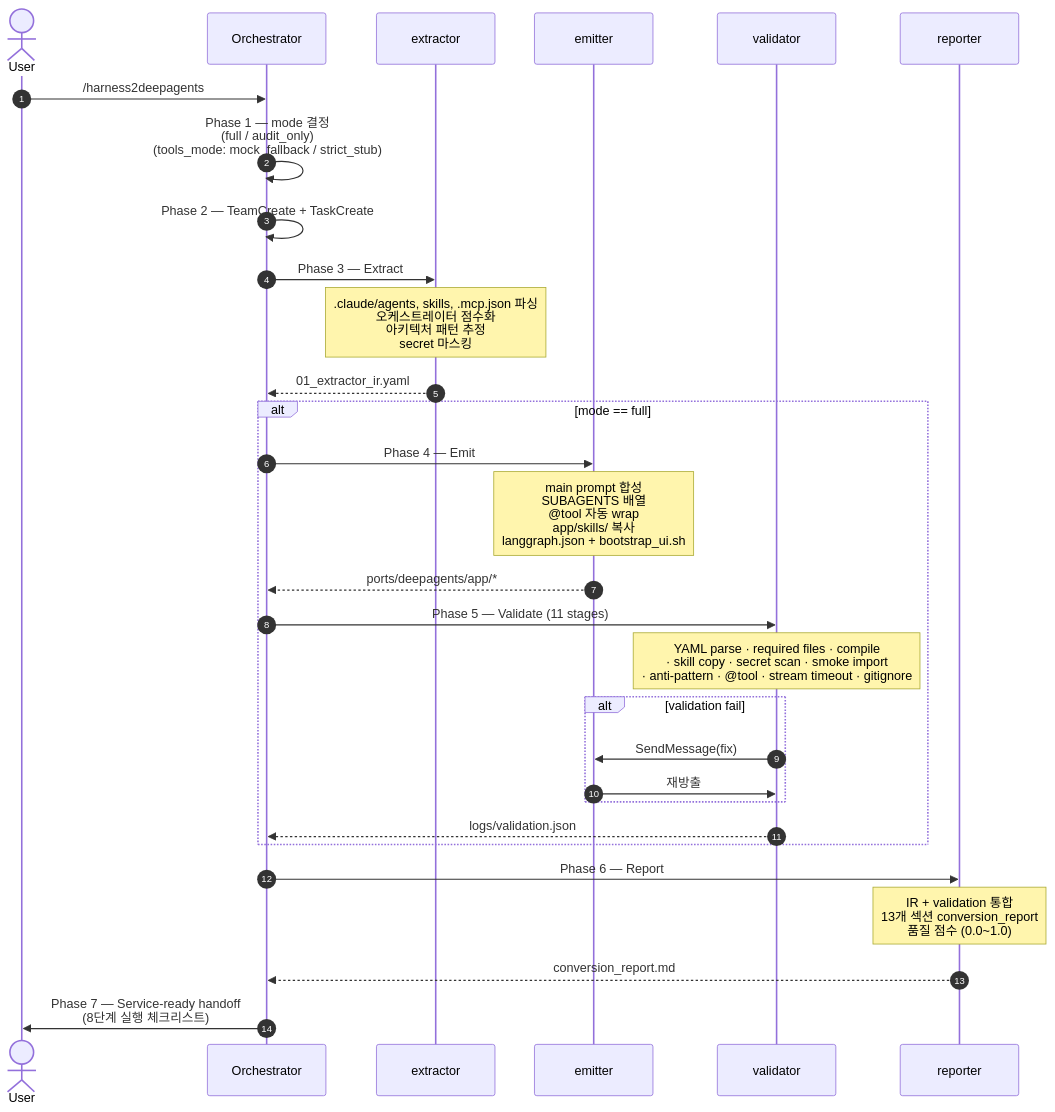
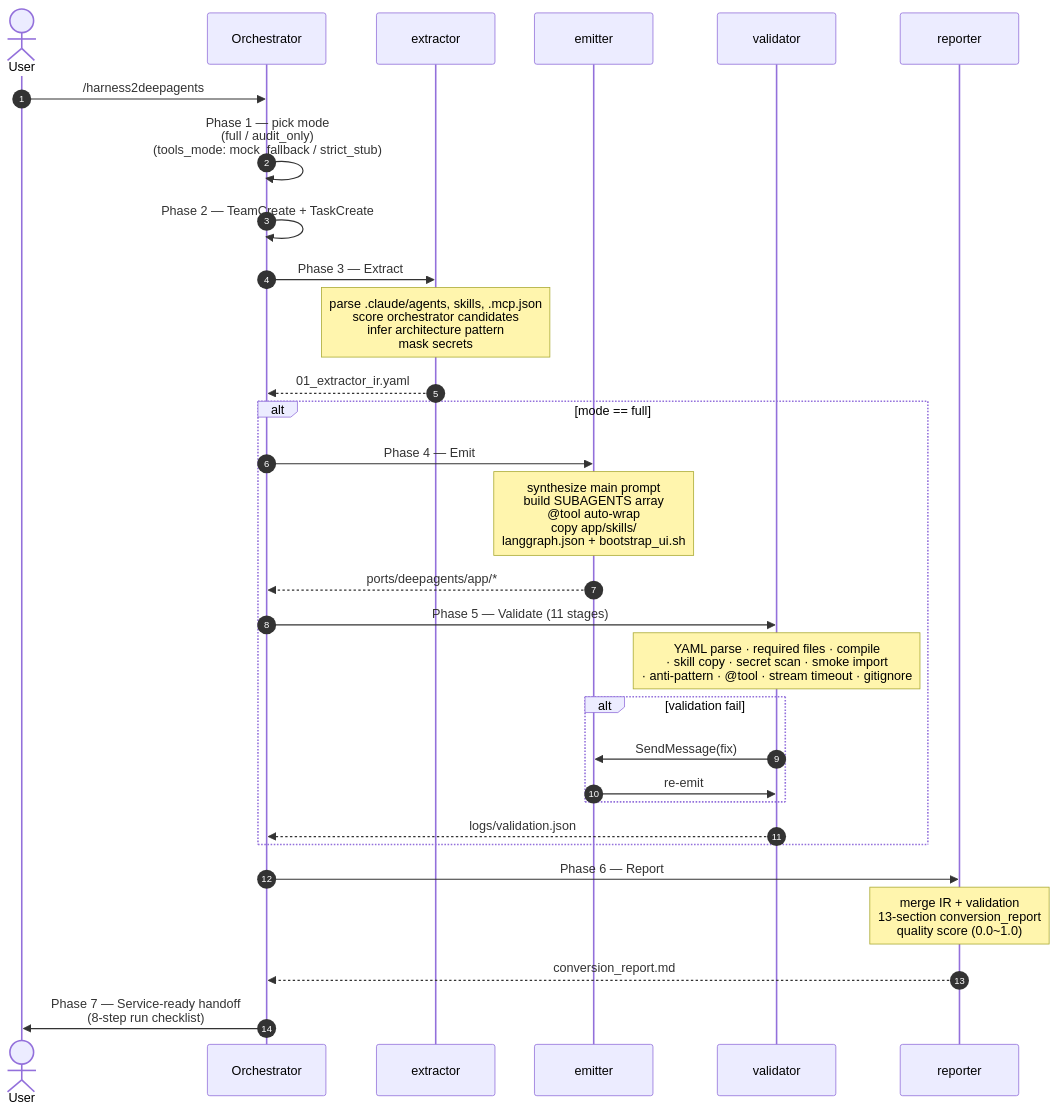
Before and after one commit to tykimos/harness2deepagents: the third of 10 diagrams in .claude/skills/harness2deepagents/README.md, drawn with Mermaid. The commit also changed other lines of this file and 3 other files, not shown here.

````diff
--- a/.claude/skills/harness2deepagents/README.md
+++ b/.claude/skills/harness2deepagents/README.md
@@ -111,38 +113,38 @@
 ```mermaid
 sequenceDiagram
     autonumber
     actor U as User
     participant O as Orchestrator
     participant X as extractor
     participant E as emitter
     participant V as validator
     participant R as reporter
 
     U->>O: /harness2deepagents
-    O->>O: Phase 1 — mode 결정<br/>(full / audit_only)<br/>(tools_mode: mock_fallback / strict_stub)
+    O->>O: Phase 1 — pick mode<br/>(full / audit_only)<br/>(tools_mode: mock_fallback / strict_stub)
     O->>O: Phase 2 — TeamCreate + TaskCreate
 
     O->>X: Phase 3 — Extract
-    Note over X: .claude/agents, skills, .mcp.json 파싱<br/>오케스트레이터 점수화<br/>아키텍처 패턴 추정<br/>secret 마스킹
+    Note over X: parse .claude/agents, skills, .mcp.json<br/>score orchestrator candidates<br/>infer architecture pattern<br/>mask secrets
     X-->>O: 01_extractor_ir.yaml
 
     alt mode == full
         O->>E: Phase 4 — Emit
-        Note over E: main prompt 합성<br/>SUBAGENTS 배열<br/>@tool 자동 wrap<br/>app/skills/ 복사<br/>langgraph.json + bootstrap_ui.sh
+        Note over E: synthesize main prompt<br/>build SUBAGENTS array<br/>@tool auto-wrap<br/>copy app/skills/<br/>langgraph.json + bootstrap_ui.sh
         E-->>O: ports/deepagents/app/*
 
         O->>V: Phase 5 — Validate (11 stages)
         Note over V: YAML parse · required files · compile<br/>· skill copy · secret scan · smoke import<br/>· anti-pattern · @tool · stream timeout · gitignore
         alt validation fail
             V->>E: SendMessage(fix)
-            E->>V: 재방출
+            E->>V: re-emit
         end
         V-->>O: logs/validation.json
     end
 
     O->>R: Phase 6 — Report
-    Note over R: IR + validation 통합<br/>13개 섹션 conversion_report<br/>품질 점수 (0.0~1.0)
+    Note over R: merge IR + validation<br/>13-section conversion_report<br/>quality score (0.0~1.0)
     R-->>O: conversion_report.md
 
-    O->>U: Phase 7 — Service-ready handoff<br/>(8단계 실행 체크리스트)
+    O->>U: Phase 7 — Service-ready handoff<br/>(8-step run checklist)
 ```
````
